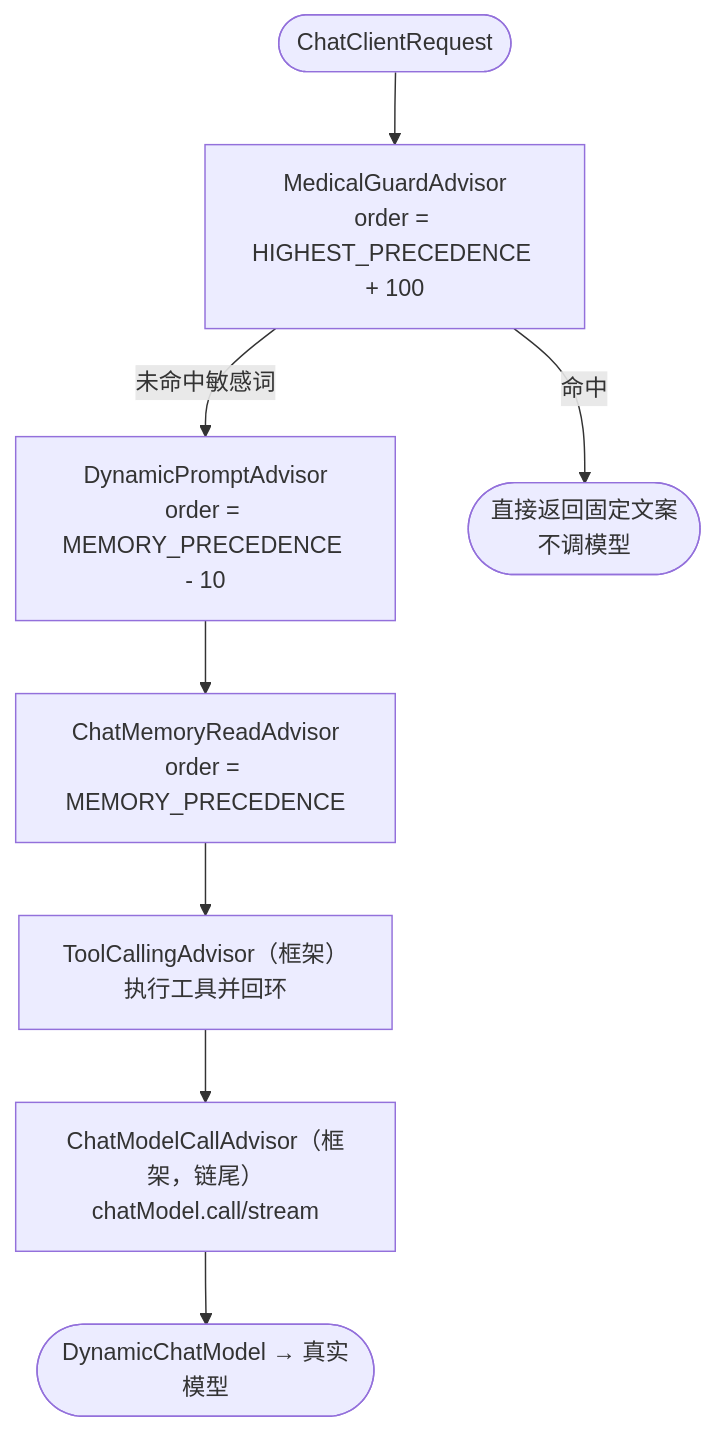
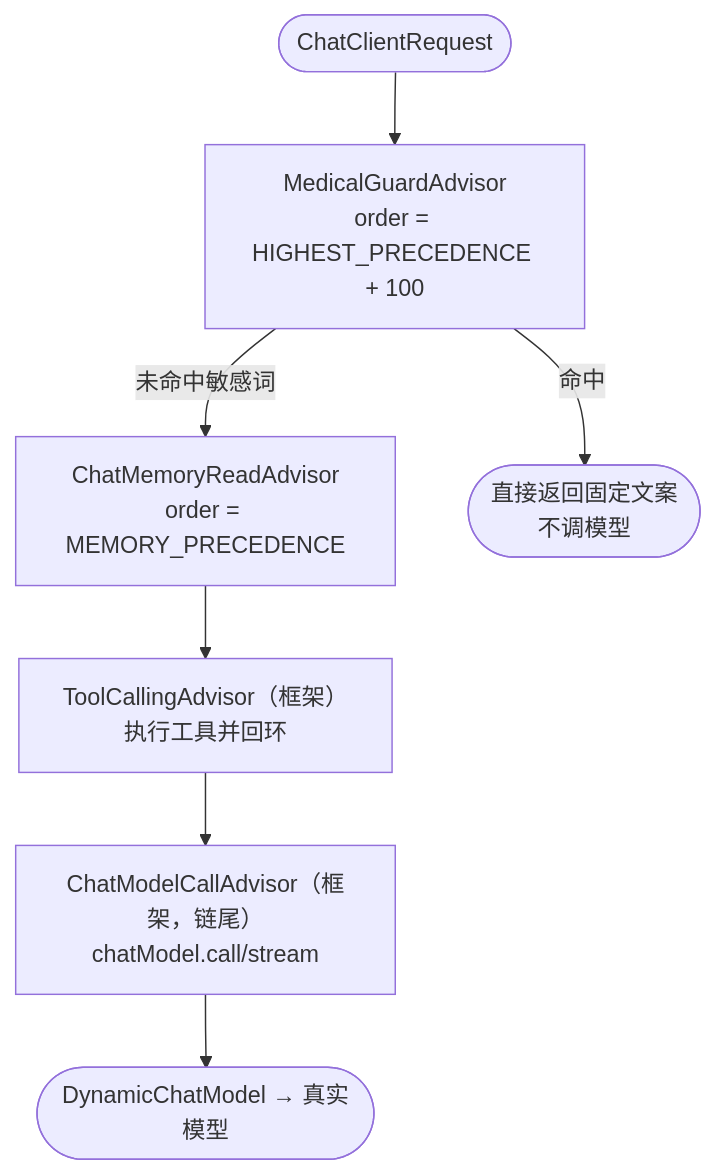
Before and after one commit to xiaoyejinjier/GlucoPilot-backend: the fourth of 9 diagrams in docs/AI-模块UML.md, drawn with Mermaid. The commit also changed other lines of this file and 12 other files, not shown here.

First line of the commit message:
refactor(ai): 系统提示词改为请求级注入，删除 DynamicPromptAdvisor

````diff
--- a/docs/AI-模块UML.md
+++ b/docs/AI-模块UML.md
@@ -235,10 +236,9 @@
 ```mermaid
 flowchart TD
     req([ChatClientRequest]) --> g["MedicalGuardAdvisor<br/>order = HIGHEST_PRECEDENCE + 100"]
-    g -->|未命中敏感词| p["DynamicPromptAdvisor<br/>order = MEMORY_PRECEDENCE - 10"]
+    g -->|未命中敏感词| m["ChatMemoryReadAdvisor<br/>order = MEMORY_PRECEDENCE"]
     g -->|命中| short([直接返回固定文案<br/>不调模型])
-    p --> m["ChatMemoryReadAdvisor<br/>order = MEMORY_PRECEDENCE"]
     m --> t["ToolCallingAdvisor（框架）<br/>执行工具并回环"]
     t --> e["ChatModelCallAdvisor（框架，链尾）<br/>chatModel.call/stream"]
     e --> model([DynamicChatModel → 真实模型])
 ```
````
